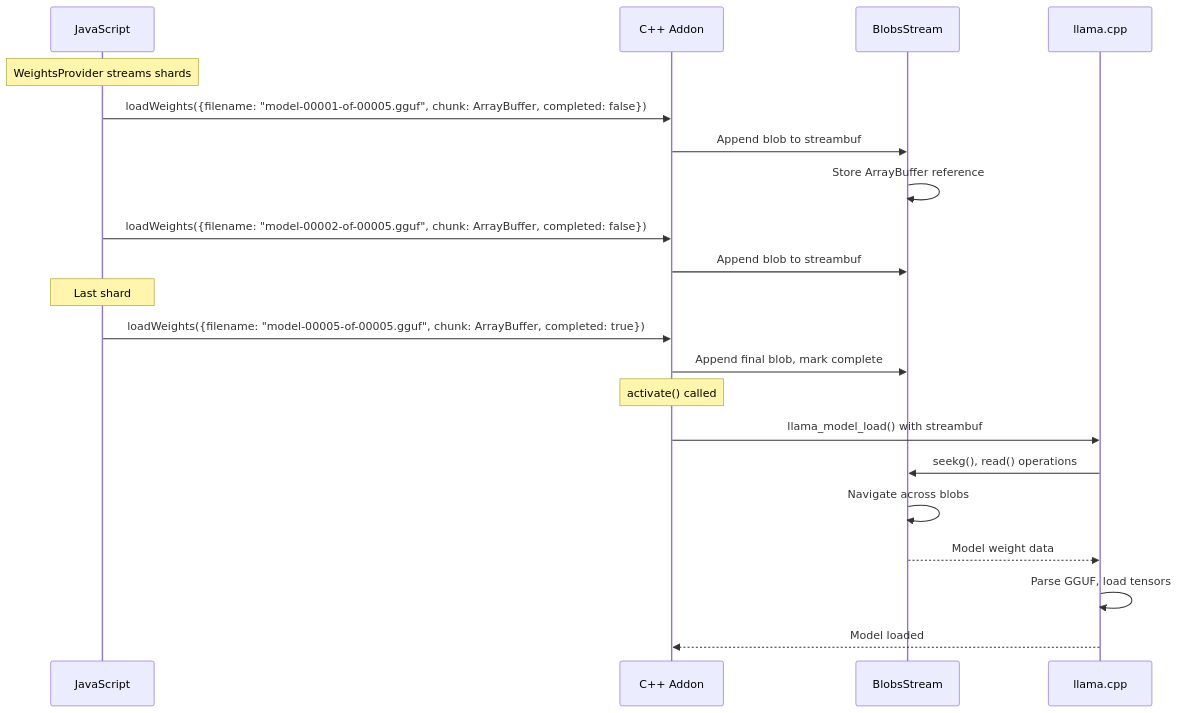
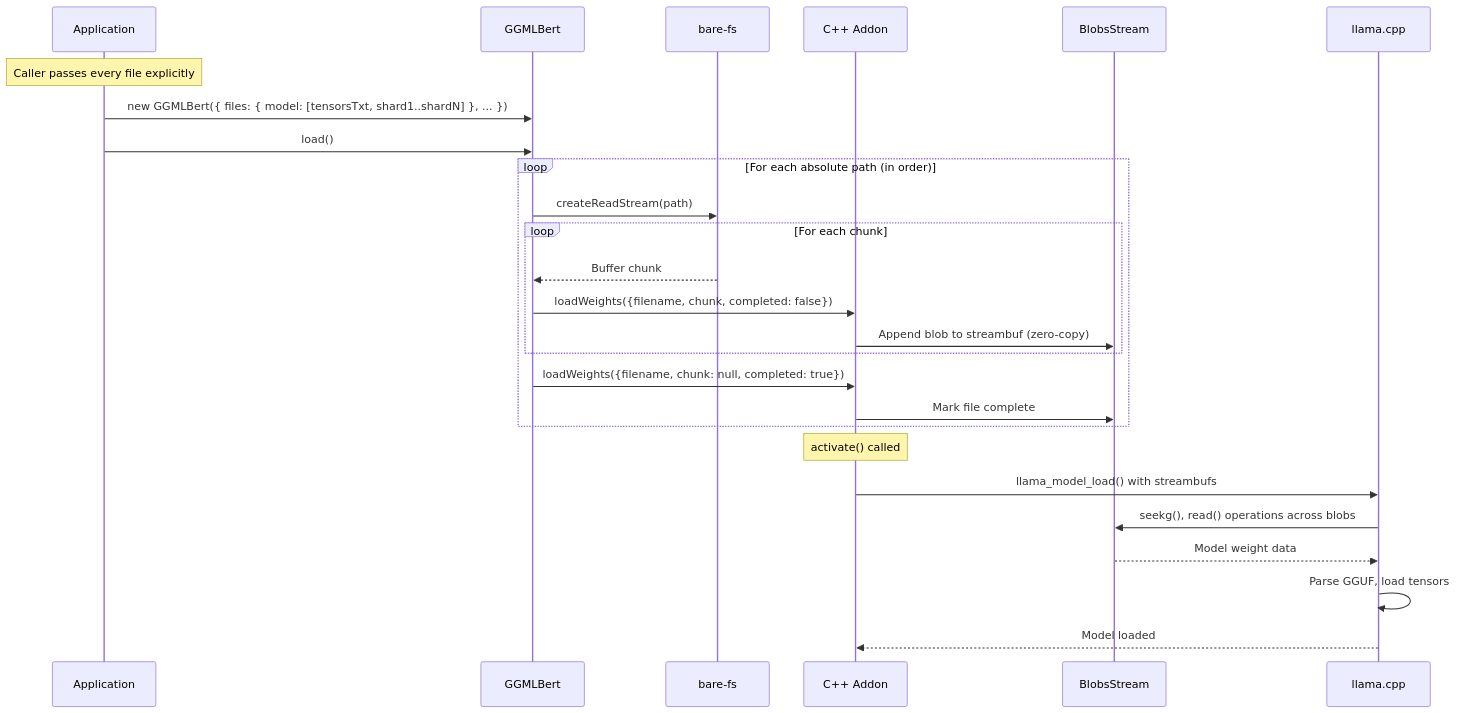
The second of 9 diagrams in packages/qvac-lib-infer-llamacpp-embed/docs/data-flows-detailed.md (donriddo/qvac), drawn with Mermaid before and after one commit. The commit also changed other lines of this file and 2 other files, not shown here.

Commit message:
docs: update embed architecture, data-flows, README sharded contract

````diff
--- a/packages/qvac-lib-infer-llamacpp-embed/docs/data-flows-detailed.md
+++ b/packages/qvac-lib-infer-llamacpp-embed/docs/data-flows-detailed.md
@@ -84,27 +85,31 @@
 ```mermaid
 sequenceDiagram
-    participant JS as JavaScript
+    participant App as Application
+    participant GGMLBert as GGMLBert
+    participant FS as bare-fs
     participant Cpp as C++ Addon
     participant Stream as BlobsStream
     participant LLAMA as llama.cpp
-    
-    Note over JS: WeightsProvider streams shards
-    JS->>Cpp: loadWeights({filename: "model-00001-of-00005.gguf", chunk: ArrayBuffer, completed: false})
-    Cpp->>Stream: Append blob to streambuf
-    Stream->>Stream: Store ArrayBuffer reference
-    
-    JS->>Cpp: loadWeights({filename: "model-00002-of-00005.gguf", chunk: ArrayBuffer, completed: false})
-    Cpp->>Stream: Append blob to streambuf
-    
-    Note over JS: Last shard
-    JS->>Cpp: loadWeights({filename: "model-00005-of-00005.gguf", chunk: ArrayBuffer, completed: true})
-    Cpp->>Stream: Append final blob, mark complete
-    
+
+    Note over App: Caller passes every file explicitly
+    App->>GGMLBert: new GGMLBert({ files: { model: [tensorsTxt, shard1..shardN] }, ... })
+    App->>GGMLBert: load()
+
+    loop For each absolute path (in order)
+        GGMLBert->>FS: createReadStream(path)
+        loop For each chunk
+            FS-->>GGMLBert: Buffer chunk
+            GGMLBert->>Cpp: loadWeights({filename, chunk, completed: false})
+            Cpp->>Stream: Append blob to streambuf (zero-copy)
+        end
+        GGMLBert->>Cpp: loadWeights({filename, chunk: null, completed: true})
+        Cpp->>Stream: Mark file complete
+    end
+
     Note over Cpp: activate() called
-    Cpp->>LLAMA: llama_model_load() with streambuf
-    LLAMA->>Stream: seekg(), read() operations
-    Stream->>Stream: Navigate across blobs
+    Cpp->>LLAMA: llama_model_load() with streambufs
+    LLAMA->>Stream: seekg(), read() operations across blobs
     Stream-->>LLAMA: Model weight data
     LLAMA->>LLAMA: Parse GGUF, load tensors
     LLAMA-->>Cpp: Model loaded
 ```
````
